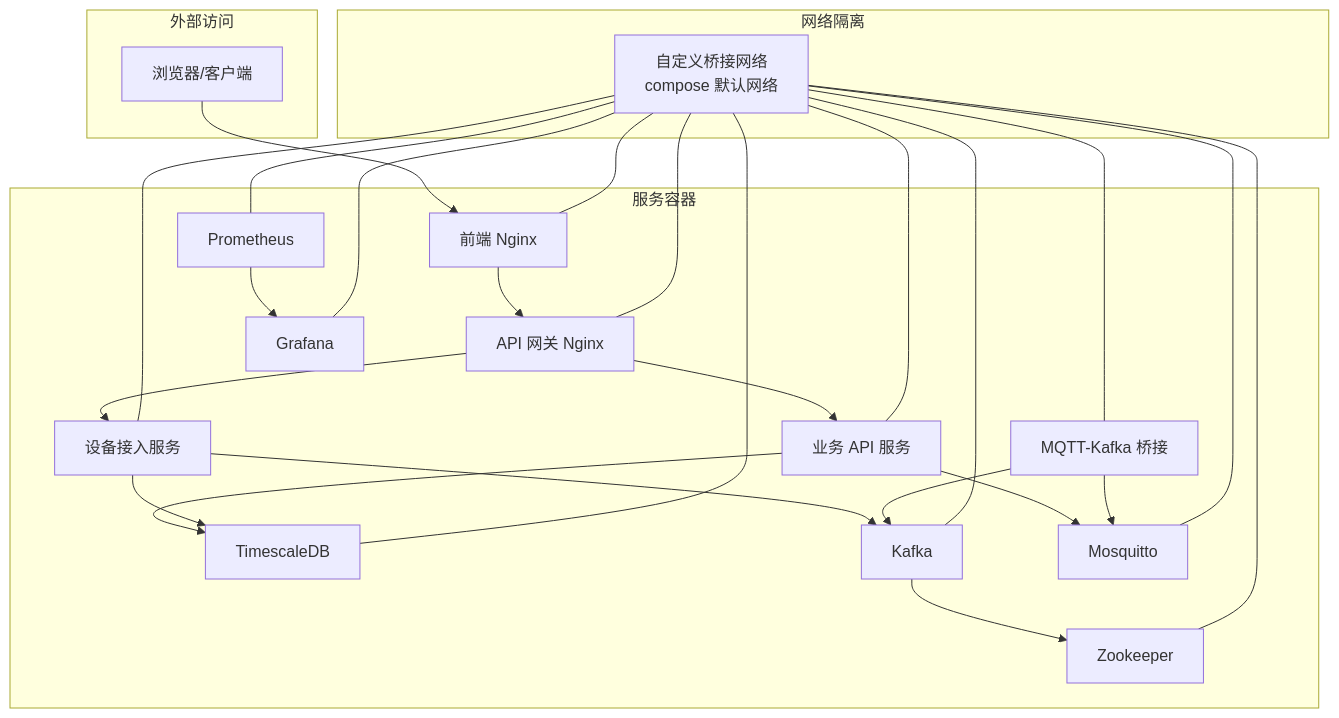
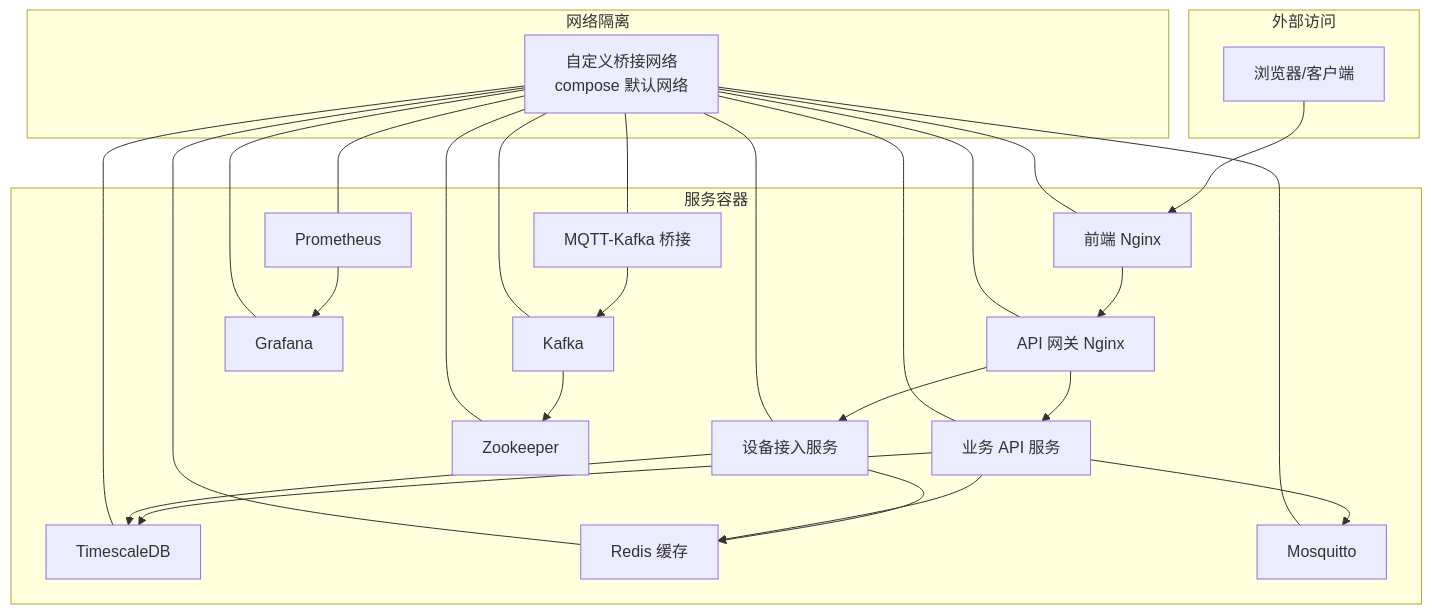
Before and after one commit to mcmrzy/cs_inv_monitor-develop: the second of 3 diagrams in .qoder/repowiki/zh/content/部署与运维/容器化部署.md, drawn with Mermaid. The commit also changed other lines of this file and 88 other files, not shown here.

````diff
--- a/.qoder/repowiki/zh/content/部署与运维/容器化部署.md
+++ b/.qoder/repowiki/zh/content/部署与运维/容器化部署.md
@@ -142,45 +144,47 @@
 ```mermaid
 graph TB
 subgraph "外部访问"
 CLIENT["浏览器/客户端"]
 end
 subgraph "网络隔离"
 NET["自定义桥接网络<br/>compose 默认网络"]
 end
 subgraph "服务容器"
 FE["前端 Nginx"]
 GW["API 网关 Nginx"]
 API["业务 API 服务"]
 DEV["设备接入服务"]
 BRIDGE["MQTT-Kafka 桥接"]
 DB["TimescaleDB"]
+REDIS["Redis 缓存"]
 KAFKA["Kafka"]
 ZK["Zookeeper"]
 PROM["Prometheus"]
 GRAF["Grafana"]
 MOSQ["Mosquitto"]
 end
 CLIENT --> FE
 FE --> GW
 GW --> API
 GW --> DEV
-DEV --> KAFKA
-BRIDGE --> KAFKA
+DEV --> REDIS
 API --> DB
 DEV --> DB
+API --> REDIS
 API --> MOSQ
-BRIDGE --> MOSQ
+BRIDGE --> KAFKA
 KAFKA --> ZK
 PROM --> GRAF
 NET --- FE
 NET --- GW
 NET --- API
 NET --- DEV
 NET --- BRIDGE
 NET --- DB
+NET --- REDIS
 NET --- KAFKA
 NET --- ZK
 NET --- PROM
 NET --- GRAF
 NET --- MOSQ
 ```
````
